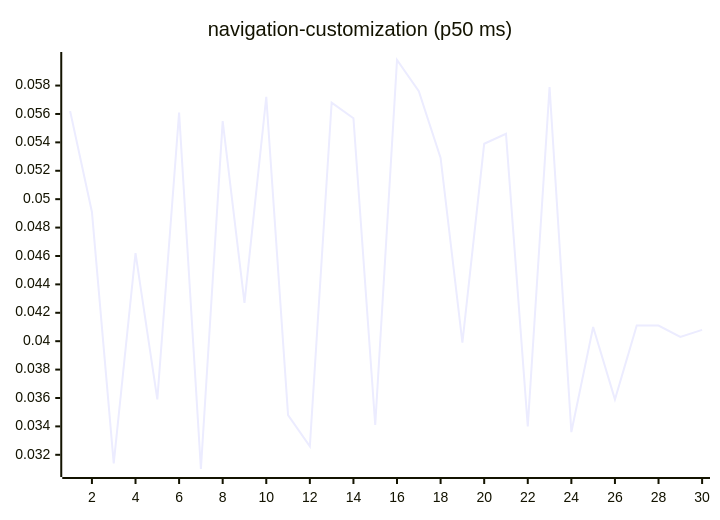
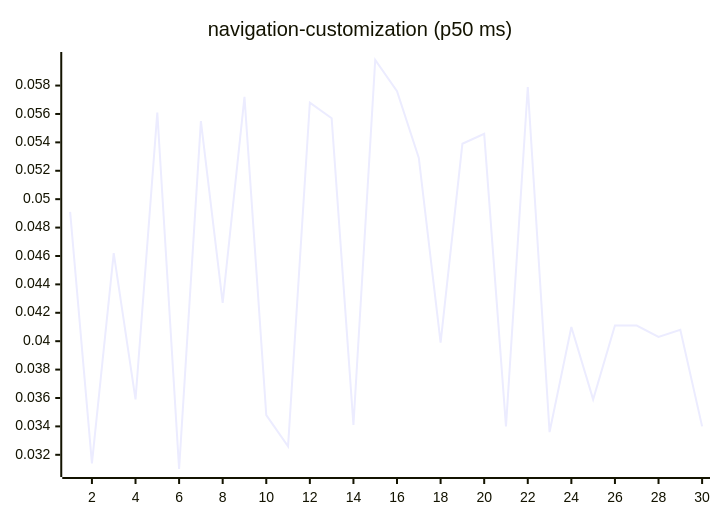
One commit to josha/Facet changed diagram 15 of 27 in README.md. Above: the diagram before and after it, drawn with Mermaid. The commit also changed other lines of this file and 2 other files, not shown here.

````diff
--- a/README.md
+++ b/README.md
@@ -161,6 +161,6 @@
 ```mermaid
 xychart-beta
     title "navigation-customization (p50 ms)"
     x-axis 1 --> 30
-    line [0.0562, 0.0491, 0.0314, 0.0462, 0.0359, 0.0561, 0.0310, 0.0555, 0.0427, 0.0572, 0.0348, 0.0326, 0.0568, 0.0557, 0.0341, 0.0598, 0.0576, 0.0529, 0.0399, 0.0539, 0.0546, 0.0340, 0.0579, 0.0336, 0.0410, 0.0359, 0.0411, 0.0411, 0.0403, 0.0408]
+    line [0.0491, 0.0314, 0.0462, 0.0359, 0.0561, 0.0310, 0.0555, 0.0427, 0.0572, 0.0348, 0.0326, 0.0568, 0.0557, 0.0341, 0.0598, 0.0576, 0.0529, 0.0399, 0.0539, 0.0546, 0.0340, 0.0579, 0.0336, 0.0410, 0.0359, 0.0411, 0.0411, 0.0403, 0.0408, 0.0340]
 ```
````
